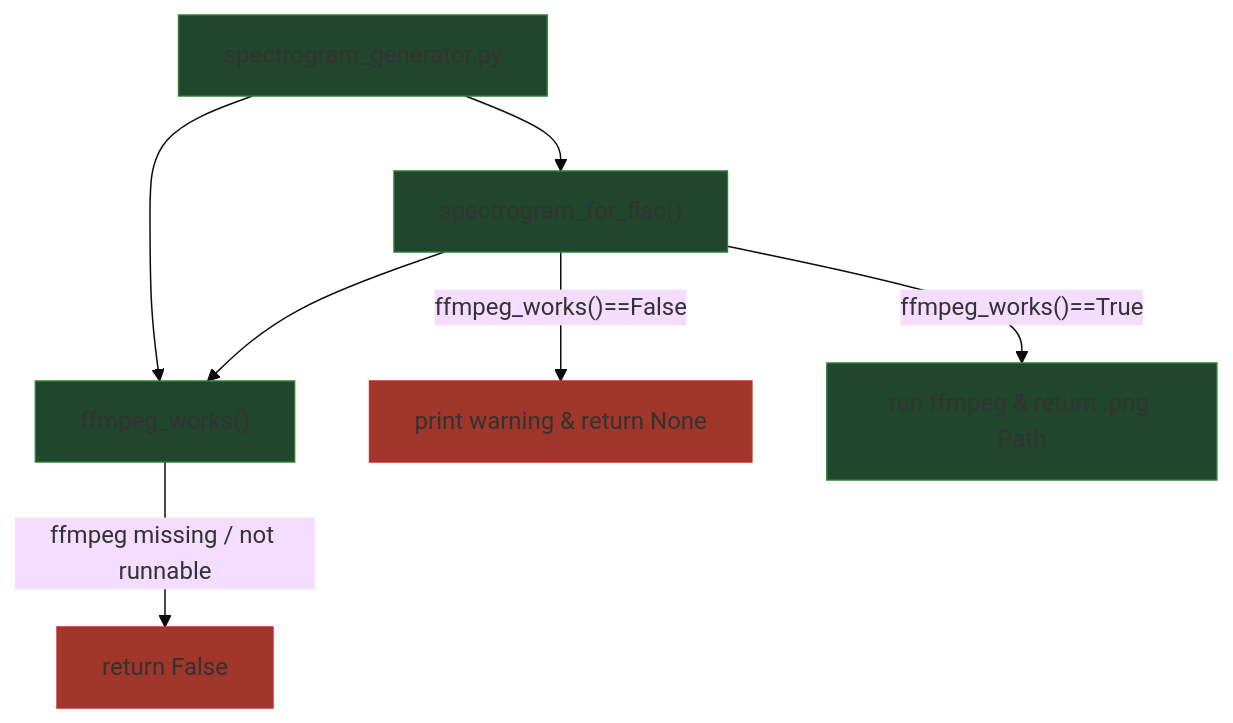
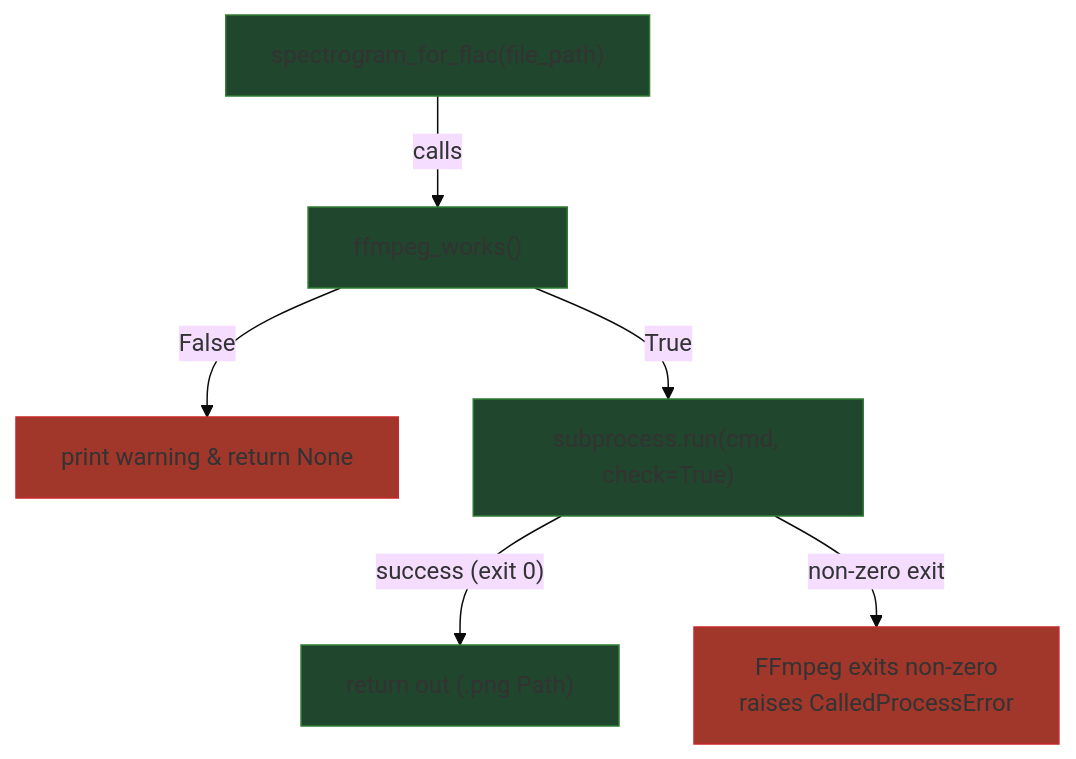
Before and after one commit to Mandache-Eduard/audio-analyzer: the diagram in docs/spectrogram_generator.md, drawn with Mermaid (base theme). The commit also changed 9 other files, not shown here.

````diff
--- a/docs/spectrogram_generator.md
+++ b/docs/spectrogram_generator.md
@@ -96,16 +96,20 @@
 ```mermaid
 flowchart TD
     classDef ok fill:#20462d,stroke:#2e7d32;
     classDef err fill:#a1362a,stroke:#c62828;
 
-    M["spectrogram_generator.py"]:::ok
+    F_spec["spectrogram_for_flac(file_path)"]:::ok
     F_chk["ffmpeg_works()"]:::ok
-    F_spec["spectrogram_for_flac()"]:::ok
+    P_msg["print warning & return None"]:::err
 
-    M --> F_chk
-    M --> F_spec
-    F_spec --> F_chk
-    F_chk -->|"ffmpeg missing / not runnable"| R_false["return False"]:::err
-    F_spec -->|"ffmpeg_works()==False"| P_msg["print warning & return None"]:::err
-    F_spec -->|"ffmpeg_works()==True"| R_png["run ffmpeg & return .png Path"]:::ok
+    F_run["subprocess.run(cmd, check=True)"]:::ok
+    R_out["return out (.png Path)"]:::ok
+    E_fail["FFmpeg exits non-zero\nraises CalledProcessError"]:::err
+
+    F_spec -->|"calls"| F_chk
+    F_chk -->|"False"| P_msg
+    F_chk -->|"True"| F_run
+
+    F_run -->|"success (exit 0)"| R_out
+    F_run -->|"non-zero exit"| E_fail
 ```
````
